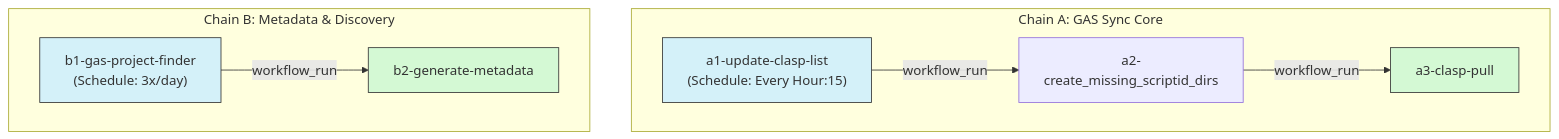
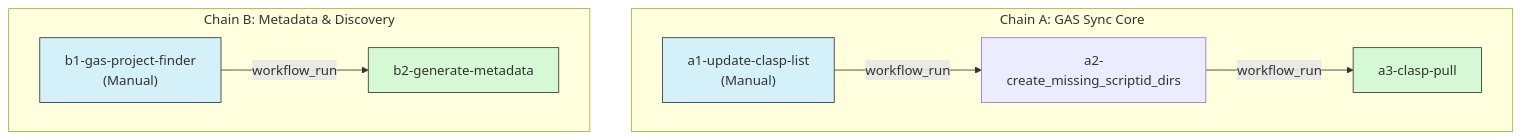
Before and after one commit to TakashiSasaki/gas.moukaeritai.work: the diagram in .github/workflows/AGENTS.md, drawn with Mermaid. The commit also changed other lines of this file, not shown here.

Commit message:
feat: automate GAS project synchronization and management via new GitHub Actions workflows and project path utilities

````diff
--- a/.github/workflows/AGENTS.md
+++ b/.github/workflows/AGENTS.md
@@ -58,16 +58,16 @@
 ```mermaid
 graph TD
     subgraph "Chain A: GAS Sync Core"
-        A1["a1-update-clasp-list<br/>(Schedule: Every Hour:15)"] -->|workflow_run| A2["a2-create_missing_scriptid_dirs"]
+        A1["a1-update-clasp-list<br/>(Manual)"] -->|workflow_run| A2["a2-create_missing_scriptid_dirs"]
         A2 -->|workflow_run| A3["a3-clasp-pull"]
     end
 
     subgraph "Chain B: Metadata & Discovery"
-        B1["b1-gas-project-finder<br/>(Schedule: 3x/day)"] -->|workflow_run| B2["b2-generate-metadata"]
+        B1["b1-gas-project-finder<br/>(Manual)"] -->|workflow_run| B2["b2-generate-metadata"]
     end
 
     style A1 fill:#d4f1f9,stroke:#333
     style B1 fill:#d4f1f9,stroke:#333
     style A3 fill:#d4f9d4,stroke:#333
     style B2 fill:#d4f9d4,stroke:#333
 ```
````
